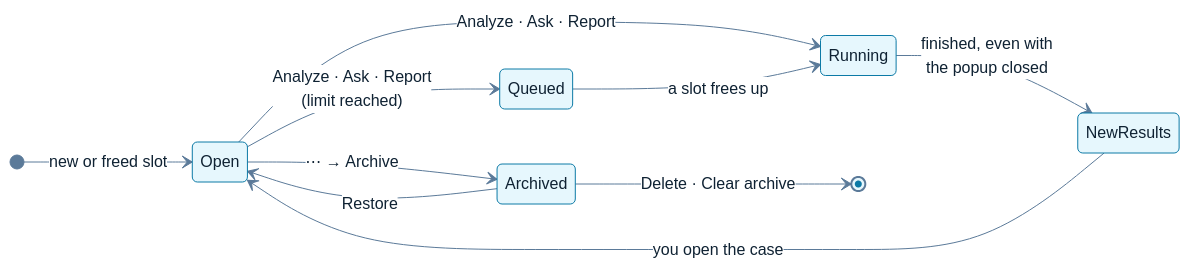
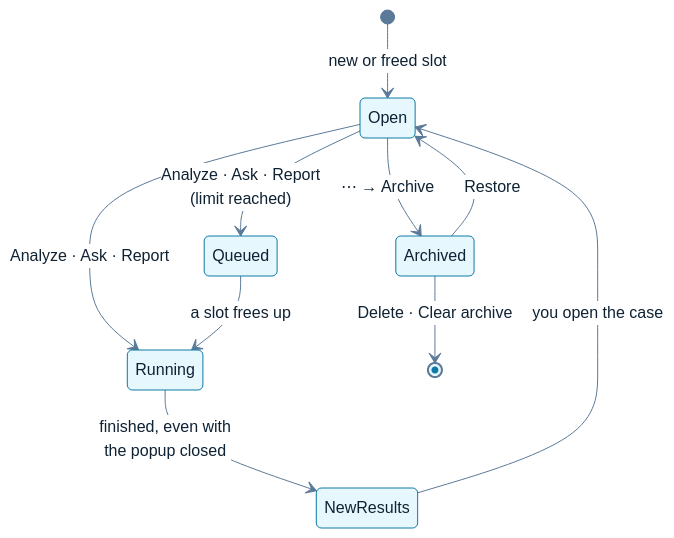
One commit to aymenmarjan/veilux-soc-assistant changed the ninth of 9 diagrams in docs/DIAGRAMS.md. Above: the diagram before and after it, drawn with Mermaid. The commit also changed other lines of this file, not shown here.

Commit message:
docs: fix Mermaid diagram text clipping and layout

````diff
--- a/docs/DIAGRAMS.md
+++ b/docs/DIAGRAMS.md
@@ -269,14 +270,14 @@
 ```mermaid
 %%{init: {"theme":"base","themeVariables":{"primaryColor":"#E6F7FD","primaryBorderColor":"#0C7AA6","primaryTextColor":"#0F2233","lineColor":"#5B7A99","clusterBkg":"#F4F9FC","clusterBorder":"#9FC9DC","titleColor":"#0F2233","edgeLabelBackground":"#FFFFFF"}}}%%
 stateDiagram-v2
-    direction LR
+    direction TB
     [*] --> Open: new or freed slot
     Open --> Queued: Analyze · Ask · Report<br/>(limit reached)
     Open --> Running: Analyze · Ask · Report
     Queued --> Running: a slot frees up
     Running --> NewResults: finished, even with<br/>the popup closed
     NewResults --> Open: you open the case
     Open --> Archived: ⋯ → Archive
     Archived --> Open: Restore
     Archived --> [*]: Delete · Clear archive
 ```
````
